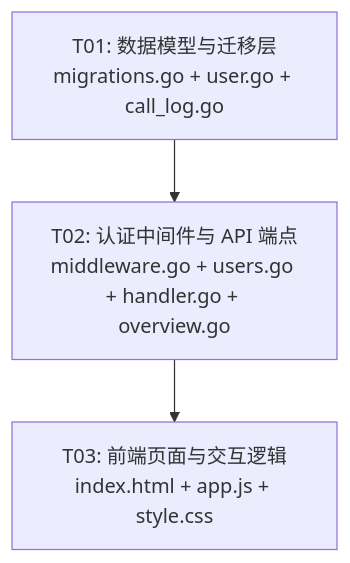
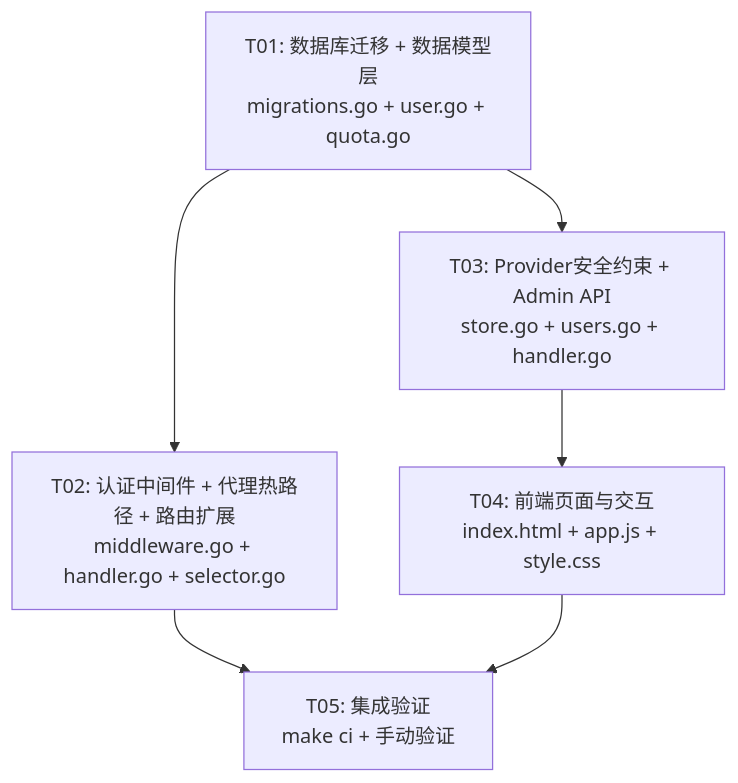
The fifth of 5 diagrams in docs/system_design.md (16499259-oss/shimiaocheng-llm), drawn with Mermaid before and after one commit. The commit also changed other lines of this file and 17 other files, not shown here.

````diff
--- a/docs/system_design.md
+++ b/docs/system_design.md
@@ -396,8 +686,14 @@
 ```mermaid
 graph TD
-    T01["T01: 数据模型与迁移层<br/>migrations.go + user.go + call_log.go"]
-    T02["T02: 认证中间件与 API 端点<br/>middleware.go + users.go + handler.go + overview.go"]
-    T03["T03: 前端页面与交互逻辑<br/>index.html + app.js + style.css"]
+    T01["T01: 数据库迁移 + 数据模型层<br/>migrations.go + user.go + quota.go"]
+    T02["T02: 认证中间件 + 代理热路径 + 路由扩展<br/>middleware.go + handler.go + selector.go"]
+    T03["T03: Provider安全约束 + Admin API<br/>store.go + users.go + handler.go"]
+    T04["T04: 前端页面与交互<br/>index.html + app.js + style.css"]
+    T05["T05: 集成验证<br/>make ci + 手动验证"]
 
-    T01 --> T02 --> T03
+    T01 --> T02
+    T01 --> T03
+    T02 --> T05
+    T03 --> T04
+    T04 --> T05
 ```
````
